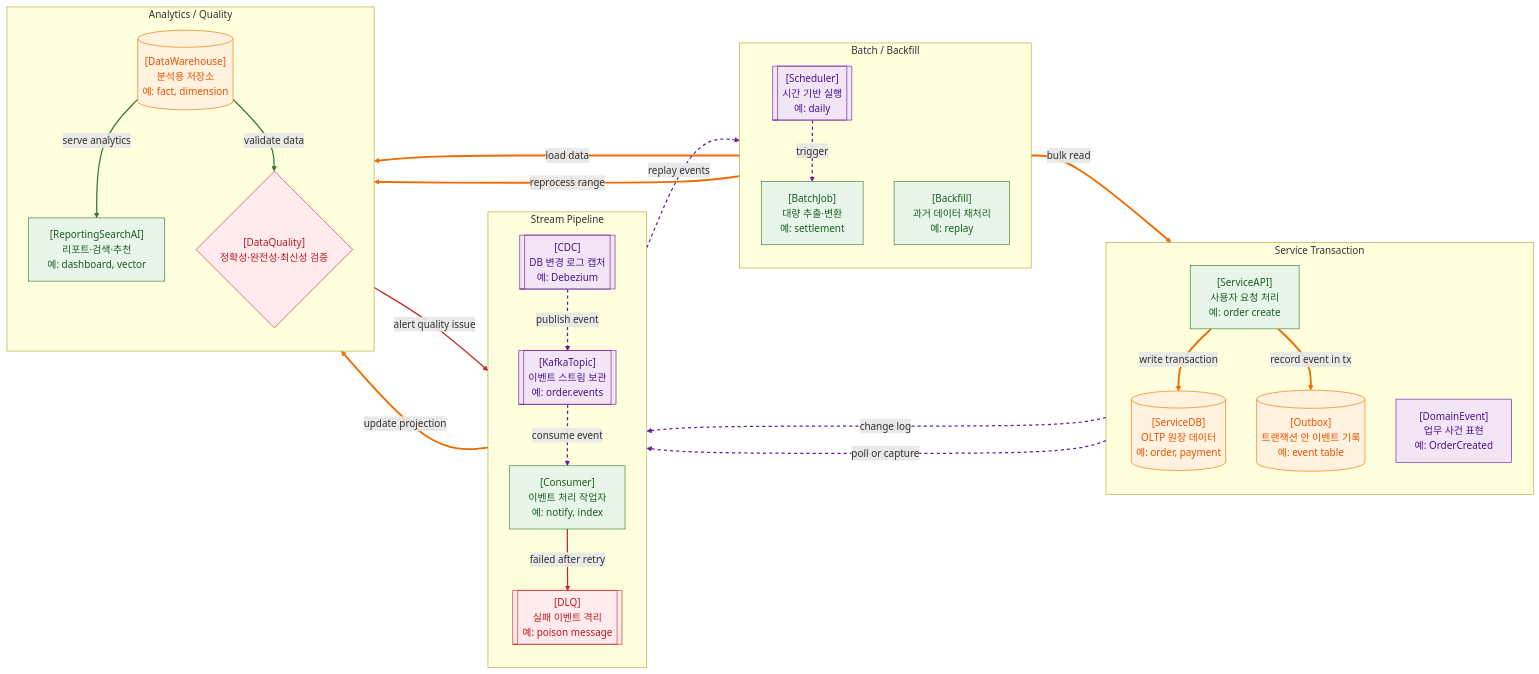
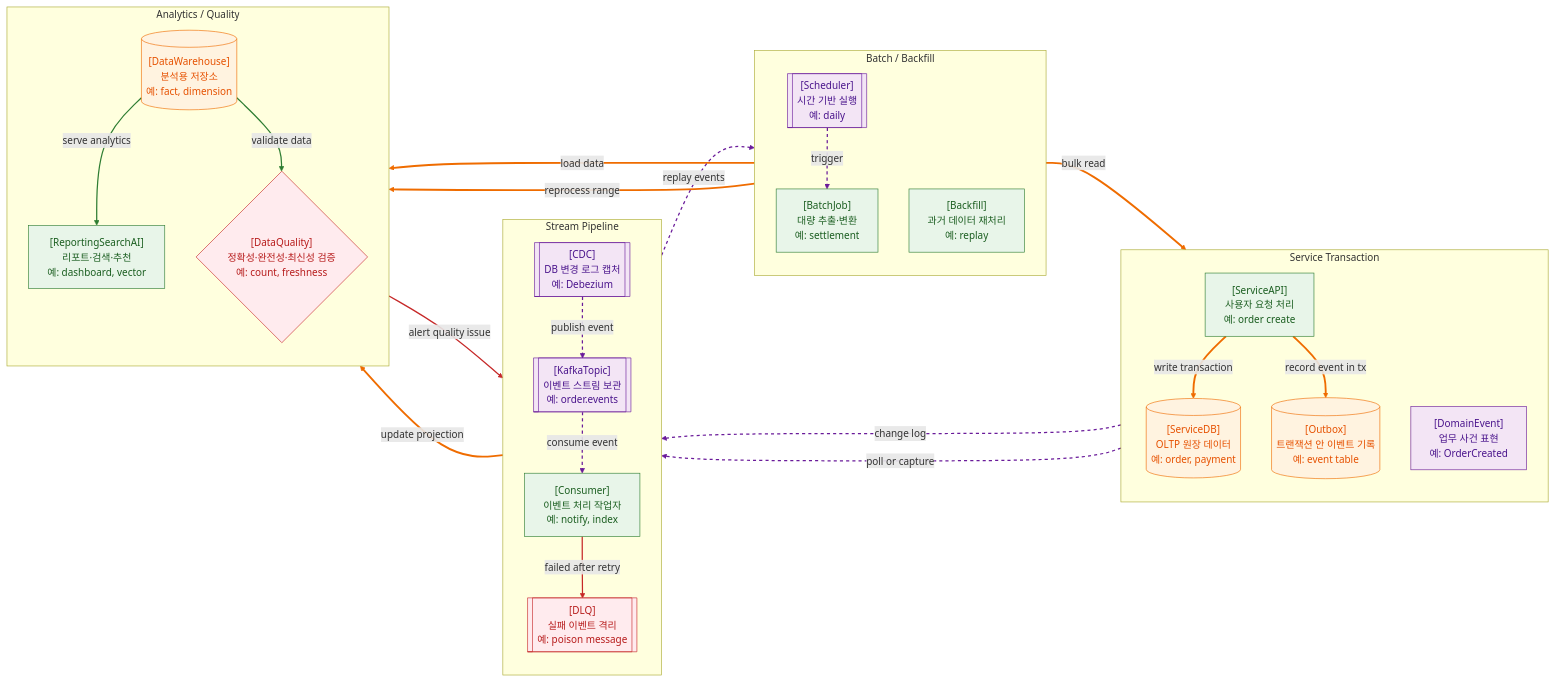
One commit to thisis-joe/thisis-joe.github.io changed the diagram in content/Web-지도/22. Data Pipeline 지도 - Event, Outbox, CDC, Kafka, Batch.md. Above: the diagram before and after it, drawn with Mermaid. The commit also changed other lines of this file and 595 other files, not shown here.

````diff
--- a/content/Web-지도/22. Data Pipeline 지도 - Event, Outbox, CDC, Kafka, Batch.md
+++ b/content/Web-지도/22. Data Pipeline 지도 - Event, Outbox, CDC, Kafka, Batch.md
@@ -14,66 +14,66 @@
 ```mermaid
 flowchart LR
 
 subgraph SERVICE_SIDE["Service Transaction"]
 direction TB
 API["[ServiceAPI]<br/>사용자 요청 처리<br/>예: order create"]
 DB[("[ServiceDB]<br/>OLTP 원장 데이터<br/>예: order, payment")]
 EVENT["[DomainEvent]<br/>업무 사건 표현<br/>예: OrderCreated"]
 OUTBOX[("[Outbox]<br/>트랜잭션 안 이벤트 기록<br/>예: event table")]
 end
 
 subgraph STREAM_SIDE["Stream Pipeline"]
 direction TB
 CDC[["[CDC]<br/>DB 변경 로그 캡처<br/>예: Debezium"]]
 KAFKA[["[KafkaTopic]<br/>이벤트 스트림 보관<br/>예: order.events"]]
 CONSUMER["[Consumer]<br/>이벤트 처리 작업자<br/>예: notify, index"]
 DLQ[["[DLQ]<br/>실패 이벤트 격리<br/>예: poison message"]]
 end
 
 subgraph BATCH_SIDE["Batch / Backfill"]
 direction TB
 SCHED[["[Scheduler]<br/>시간 기반 실행<br/>예: daily"]]
 BATCH["[BatchJob]<br/>대량 추출·변환<br/>예: settlement"]
 BACKFILL["[Backfill]<br/>과거 데이터 재처리<br/>예: replay"]
 end
 
 subgraph ANALYTICS["Analytics / Quality"]
 direction TB
 DWH[("[DataWarehouse]<br/>분석용 저장소<br/>예: fact, dimension")]
-QUALITY{"[DataQuality]<br/>정확성·완전성·최신성 검증"}
+QUALITY{"[DataQuality]<br/>정확성·완전성·최신성 검증<br/>예: count, freshness"}
 REPORT["[ReportingSearchAI]<br/>리포트·검색·추천<br/>예: dashboard, vector"]
 end
 
 API ==>|write transaction| DB
 API ==>|record event in tx| OUTBOX
 DB -.->|change log| CDC
 OUTBOX -.->|poll or capture| CDC
 CDC -.->|publish event| KAFKA
 KAFKA -.->|consume event| CONSUMER
 CONSUMER ==>|update projection| REPORT
 CONSUMER -->|failed after retry| DLQ
 SCHED -.->|trigger| BATCH
 BATCH ==>|bulk read| DB
 BATCH ==>|load data| DWH
 BACKFILL ==>|reprocess range| DWH
 KAFKA -.->|replay events| BACKFILL
 DWH -->|serve analytics| REPORT
 DWH -->|validate data| QUALITY
 QUALITY -->|alert quality issue| DLQ
 
 classDef server fill:#E8F5E9,stroke:#2E7D32,color:#1B5E20;
 classDef data fill:#FFF3E0,stroke:#EF6C00,color:#E65100;
 classDef event fill:#F3E5F5,stroke:#6A1B9A,color:#4A148C;
 classDef ops fill:#ECEFF1,stroke:#455A64,color:#263238;
 classDef alert fill:#FFEBEE,stroke:#C62828,color:#B71C1C;
 
 class API,CONSUMER,BATCH,BACKFILL,REPORT server;
 class DB,OUTBOX,DWH data;
 class EVENT,CDC,KAFKA,SCHED event;
 class QUALITY,DLQ alert;
 
 linkStyle 0,1,6,9,10,11 stroke:#EF6C00,stroke-width:3px;
 linkStyle 2,3,4,5,8,12 stroke:#6A1B9A,stroke-width:2px,stroke-dasharray:5 5;
 linkStyle 7,15 stroke:#C62828,stroke-width:2px;
 linkStyle 13,14 stroke:#2E7D32,stroke-width:2px;
 ```
````
